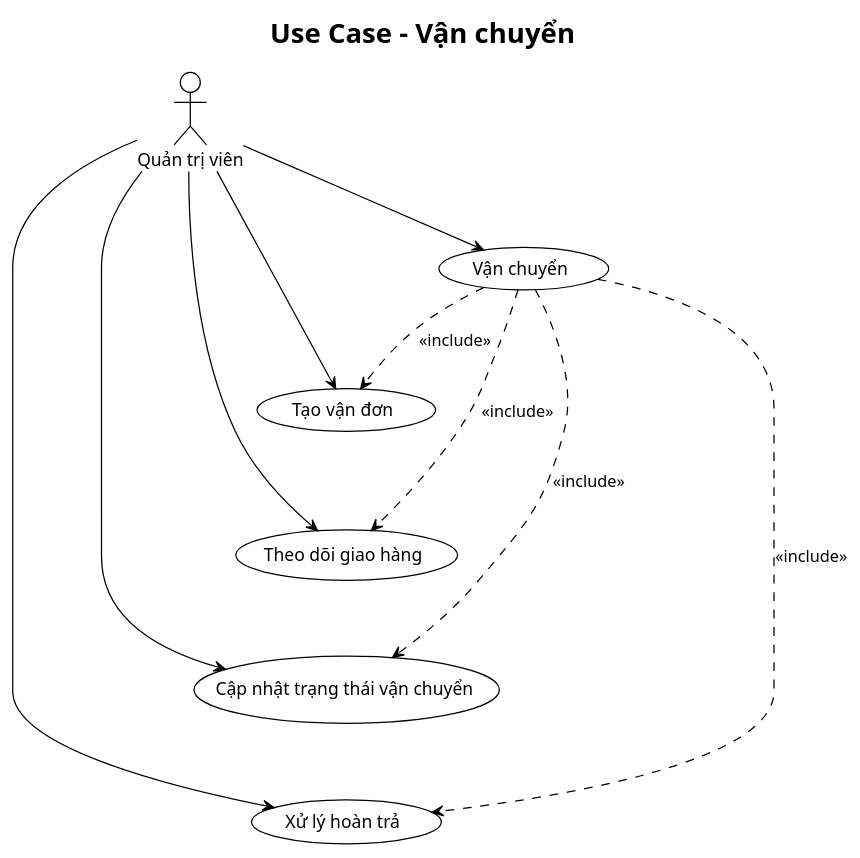
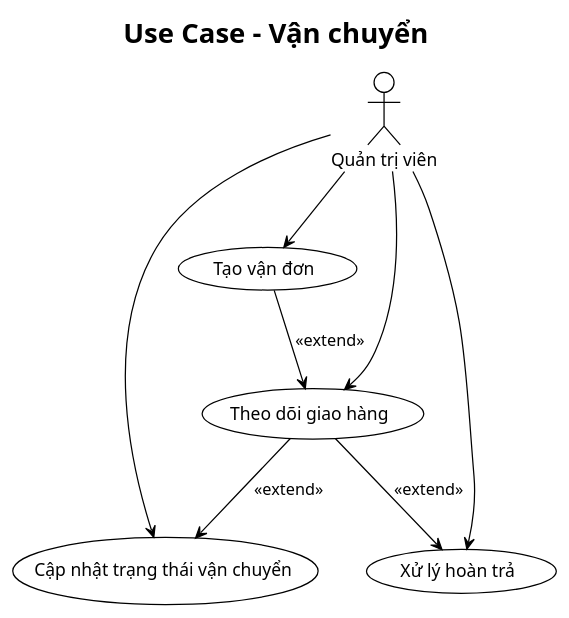
Before and after one commit to namhai03/PerfumeShop: the diagram in docs/usecaseuml/08_van_chuyen.puml, drawn with PlantUML. The commit also changed 107 other files, not shown here.

```diff
--- a/docs/usecaseuml/08_van_chuyen.puml
+++ b/docs/usecaseuml/08_van_chuyen.puml
@@ -1,32 +1,24 @@
 @startuml
 !theme plain
-skinparam direction top to bottom
 skinparam actorStyle rectangle
 skinparam usecaseStyle rectangle
 
 title Use Case - Vận chuyển
 
 actor "Quản trị viên" as Admin
 
-usecase "Vận chuyển" as UC8
-usecase "Tạo vận đơn" as UC8_1
-usecase "Theo dõi giao hàng" as UC8_2
-usecase "Cập nhật trạng thái vận chuyển" as UC8_3
-usecase "Xử lý hoàn trả" as UC8_4
+usecase "Tạo vận đơn" as UC1
+usecase "Theo dõi giao hàng" as UC2
+usecase "Cập nhật trạng thái vận chuyển" as UC3
+usecase "Xử lý hoàn trả" as UC4
 
-Admin --> UC8
-Admin --> UC8_1
-Admin --> UC8_2
-Admin --> UC8_3
-Admin --> UC8_4
+Admin --> UC1
+Admin --> UC2
+Admin --> UC3
+Admin --> UC4
 
-UC8 ..> UC8_1 : <<include>>
-UC8 ..> UC8_2 : <<include>>
-UC8 ..> UC8_3 : <<include>>
-UC8 ..> UC8_4 : <<include>>
-
-UC8_1 -[hidden]-> UC8_2
-UC8_2 -[hidden]-> UC8_3
-UC8_3 -[hidden]-> UC8_4
+UC1 --> UC2 : <<extend>>
+UC2 --> UC3 : <<extend>>
+UC2 --> UC4 : <<extend>>
 
 @enduml
```
